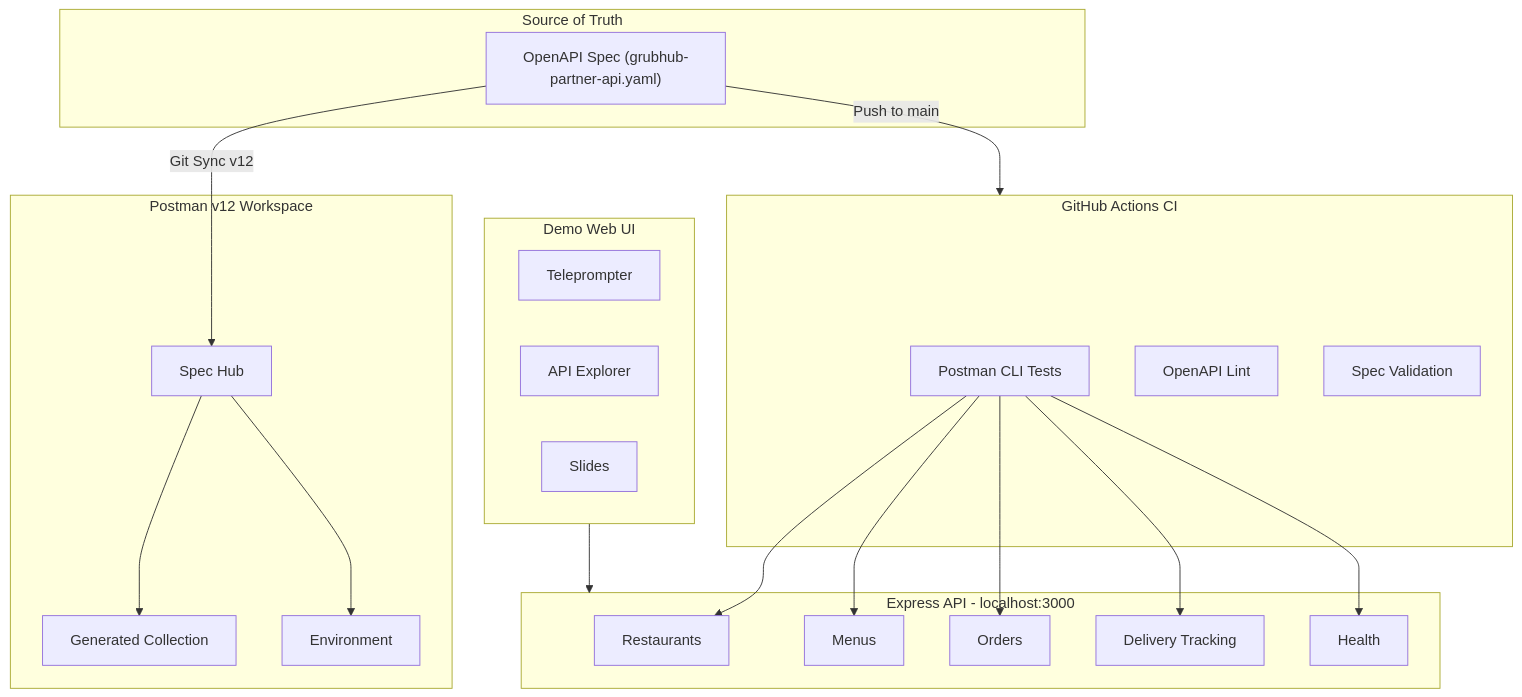
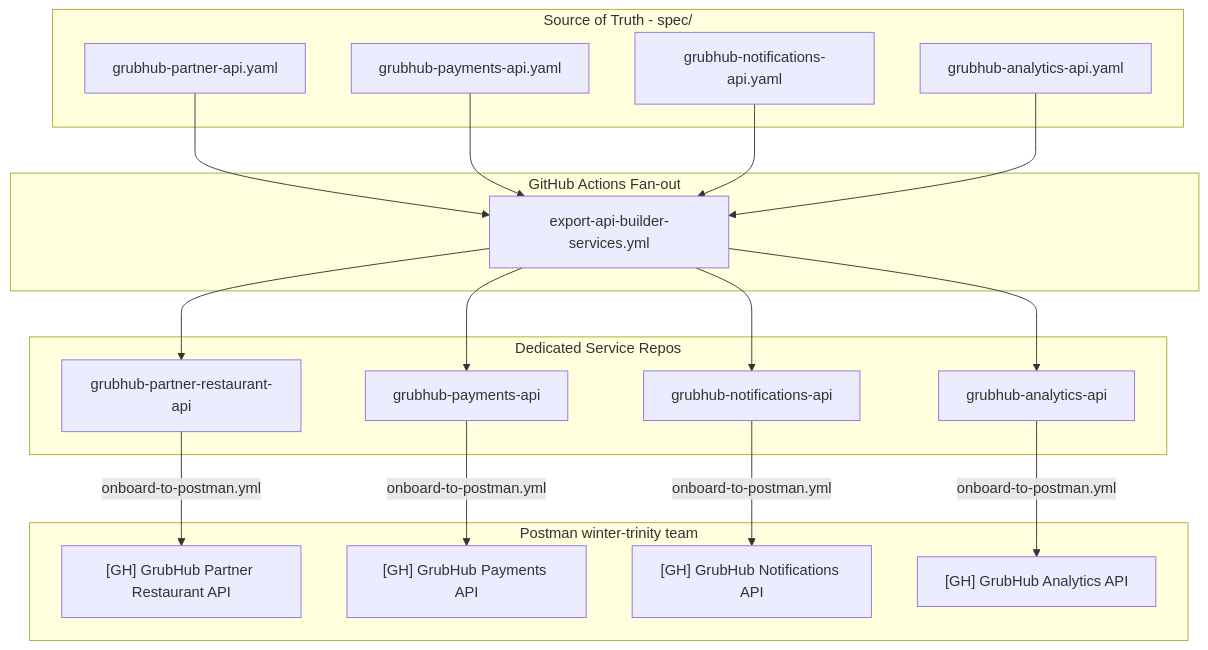
Before and after one commit to shivemind/Cust-Grubhub-engagement-kit: the first of 2 diagrams in README.md, drawn with Mermaid. The commit also changed other lines of this file, not shown here.

First line of the commit message:
docs: customer-handoff README with pipeline, idempotency, CLI governance, and provisioned IDs

````diff
--- a/README.md
+++ b/README.md
@@ -7,39 +15,37 @@
 ```mermaid
 flowchart TD
-    subgraph spec [Source of Truth]
-        A1["OpenAPI Spec (grubhub-partner-api.yaml)"]
+    subgraph spec [Source of Truth - spec/]
+        S1[grubhub-partner-api.yaml]
+        S2[grubhub-payments-api.yaml]
+        S3[grubhub-notifications-api.yaml]
+        S4[grubhub-analytics-api.yaml]
     end
 
-    subgraph postman [Postman v12 Workspace]
-        B1[Spec Hub]
-        B2[Generated Collection]
-        B3[Environment]
+    subgraph fanout [GitHub Actions Fan-out]
+        F1[export-api-builder-services.yml]
     end
 
-    subgraph api [Express API - localhost:3000]
-        C1[Restaurants]
-        C2[Menus]
-        C3[Orders]
-        C4[Delivery Tracking]
-        C5[Health]
+    subgraph repos [Dedicated Service Repos]
+        R1[grubhub-partner-restaurant-api]
+        R2[grubhub-payments-api]
+        R3[grubhub-notifications-api]
+        R4[grubhub-analytics-api]
     end
 
-    subgraph ci [GitHub Actions CI]
-        D1[Postman CLI Tests]
-        D2[OpenAPI Lint]
-        D3[Spec Validation]
+    subgraph postman [Postman winter-trinity team]
+        P1["[GH] GrubHub Partner Restaurant API"]
+        P2["[GH] GrubHub Payments API"]
+        P3["[GH] GrubHub Notifications API"]
+        P4["[GH] GrubHub Analytics API"]
     end
 
-    subgraph ui [Demo Web UI]
-        E1[Teleprompter]
-        E2[API Explorer]
-        E3[Slides]
-    end
-
-    A1 -->|Git Sync v12| B1
-    B1 --> B2
-    B1 --> B3
-    A1 -->|Push to main| ci
-    D1 --> C1 & C2 & C3 & C4 & C5
-    ui --> api
+    S1 --> F1
+    S2 --> F1
+    S3 --> F1
+    S4 --> F1
+    F1 --> R1 & R2 & R3 & R4
+    R1 -->|onboard-to-postman.yml| P1
+    R2 -->|onboard-to-postman.yml| P2
+    R3 -->|onboard-to-postman.yml| P3
+    R4 -->|onboard-to-postman.yml| P4
 ```
````
